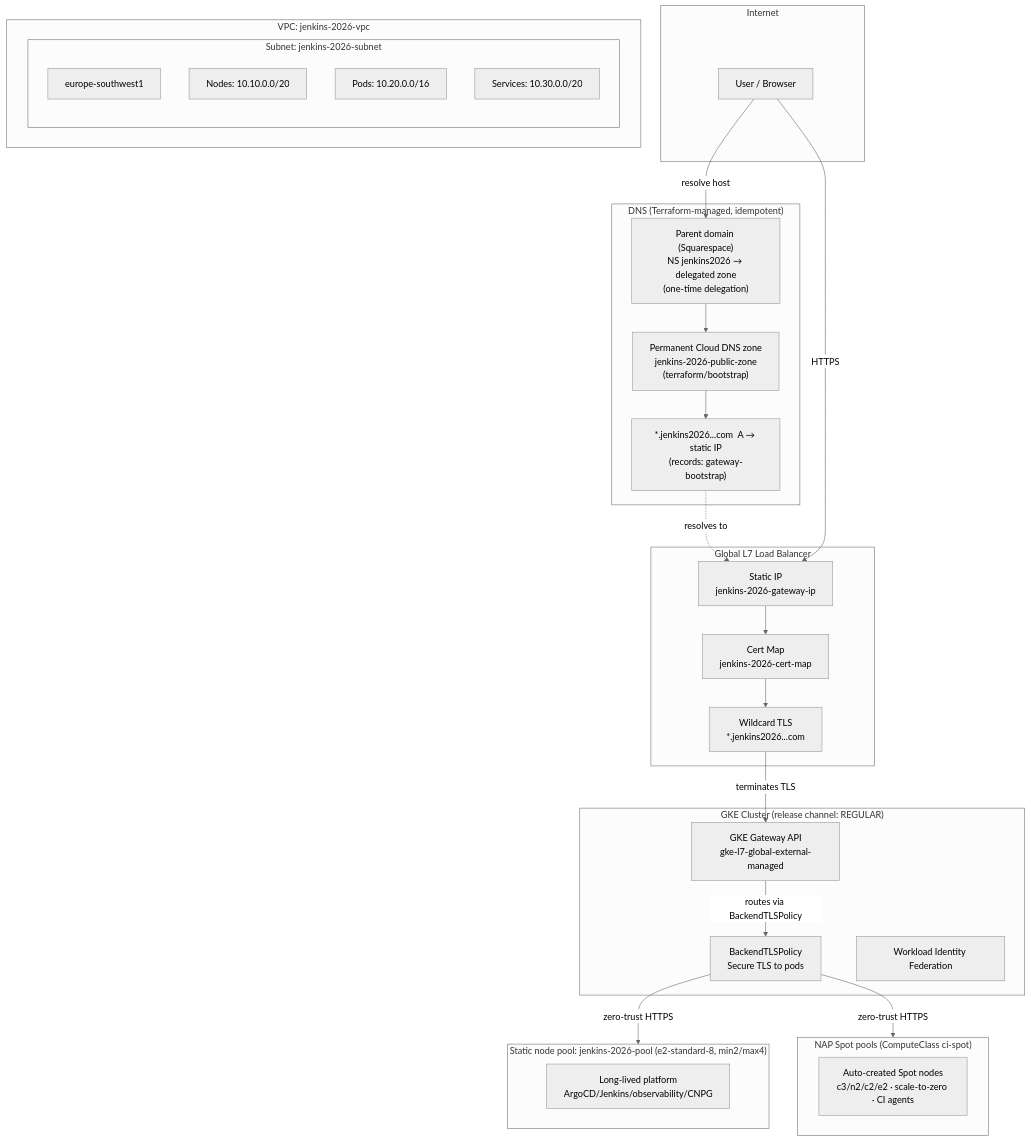
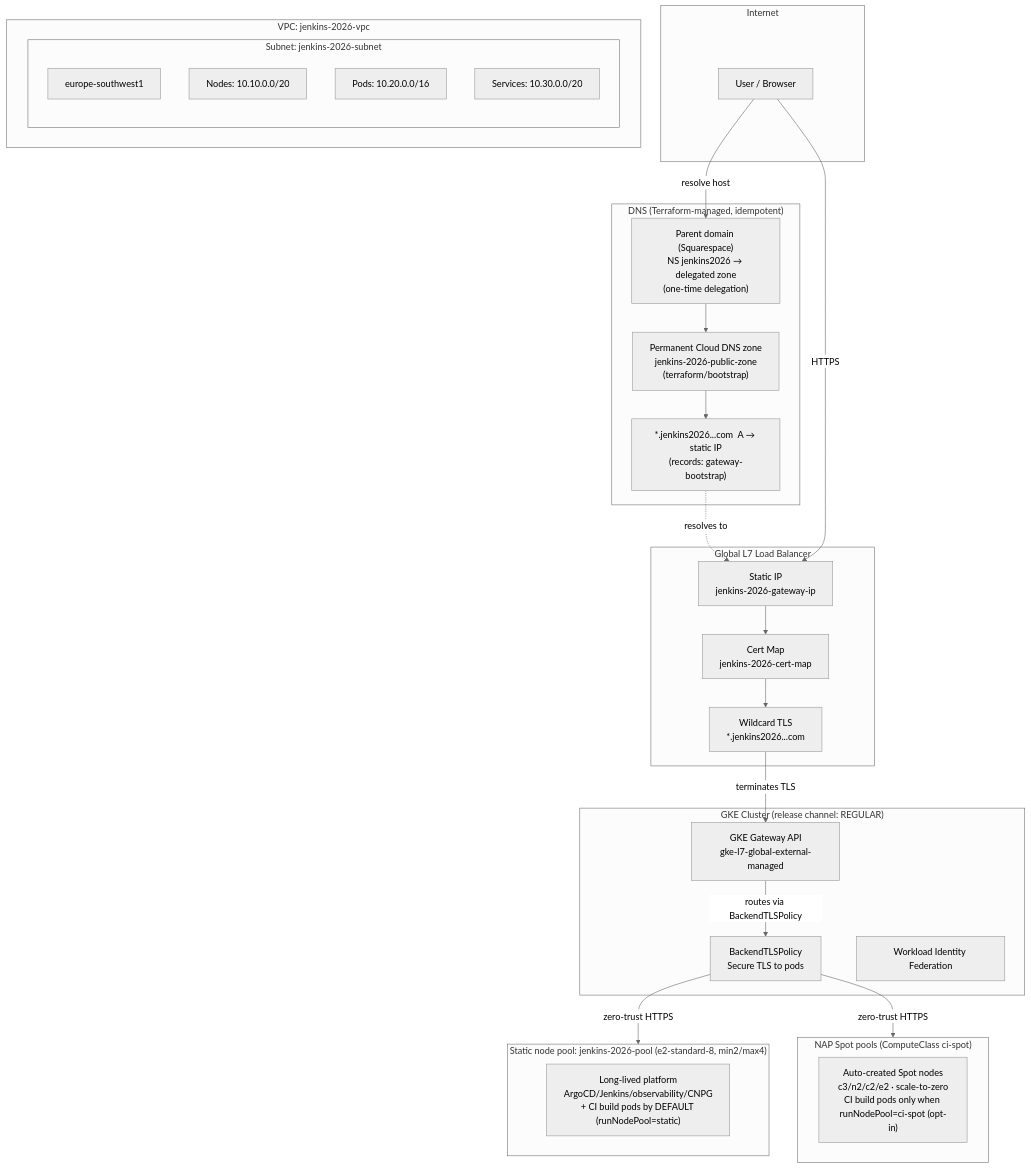
Diagram 11 of 11 in docs/201-ARCHITECTURE.md (nubenetes/jenkins-2026), drawn with Mermaid (neutral theme) before and after one commit. The commit also changed other lines of this file, not shown here.

Commit message:
docs(201): topology diagram — CI build pods default to the static pool (runNodePool)
The GKE cluster-topology diagram + table implied CI agents always run on the NAP
Spot pool. Since the runNodePool flag (default static), CI build pods run on the
static pool by default; ci-spot is the per-engine opt-in. Corrected both.

````diff
--- a/docs/201-ARCHITECTURE.md
+++ b/docs/201-ARCHITECTURE.md
@@ -867,52 +867,52 @@
 ```mermaid
 graph TD
     subgraph Internet ["Internet"]
         User["User / Browser"]
     end
 
     subgraph DNS ["DNS (Terraform-managed, idempotent)"]
         ParentNS["Parent domain (Squarespace)<br/>NS jenkins2026 → delegated zone<br/>(one-time delegation)"]
         Zone["Permanent Cloud DNS zone<br/>jenkins-2026-public-zone<br/>(terraform/bootstrap)"]
         WildcardA["*.jenkins2026...com  A → static IP<br/>(records: gateway-bootstrap)"]
         ParentNS --> Zone --> WildcardA
     end
 
     subgraph GlobalLB ["Global L7 Load Balancer"]
         StaticIP["Static IP<br>jenkins-2026-gateway-ip"]
         CertMap["Cert Map<br>jenkins-2026-cert-map"]
         WildcardTLS["Wildcard TLS<br>*.jenkins2026...com"]
     end
 
     subgraph VPC ["VPC: jenkins-2026-vpc"]
         subgraph Subnet ["Subnet: jenkins-2026-subnet"]
             SubnetInfo["europe-southwest1"]
             NodeRange["Nodes: 10.10.0.0/20"]
             PodRange["Pods: 10.20.0.0/16"]
             SvcRange["Services: 10.30.0.0/20"]
         end
     end
 
     subgraph Cluster ["GKE Cluster (release channel: REGULAR)"]
         GatewayAPI["GKE Gateway API<br/>gke-l7-global-external-managed"]
         BackendTLS["BackendTLSPolicy<br/>Secure TLS to pods"]
         WI["Workload Identity Federation"]
     end
 
     subgraph StaticPool ["Static node pool: jenkins-2026-pool (e2-standard-8, min2/max4)"]
-        StaticInfo["Long-lived platform<br/>ArgoCD/Jenkins/observability/CNPG"]
+        StaticInfo["Long-lived platform<br/>ArgoCD/Jenkins/observability/CNPG<br/>+ CI build pods by DEFAULT (runNodePool=static)"]
     end
 
     subgraph NAPSpotPool ["NAP Spot pools (ComputeClass ci-spot)"]
-        PoolInfo["Auto-created Spot nodes<br/>c3/n2/c2/e2 · scale-to-zero · CI agents"]
+        PoolInfo["Auto-created Spot nodes<br/>c3/n2/c2/e2 · scale-to-zero<br/>CI build pods only when runNodePool=ci-spot (opt-in)"]
     end
 
     User -->|"resolve host"| ParentNS
     WildcardA -.->|"resolves to"| StaticIP
     User -->|"HTTPS"| StaticIP
     StaticIP --> CertMap
     CertMap --> WildcardTLS
     WildcardTLS -->|"terminates TLS"| GatewayAPI
     GatewayAPI -->|"routes via BackendTLSPolicy"| BackendTLS
     BackendTLS -->|"zero-trust HTTPS"| StaticPool
     BackendTLS -->|"zero-trust HTTPS"| NAPSpotPool
 ```
````
